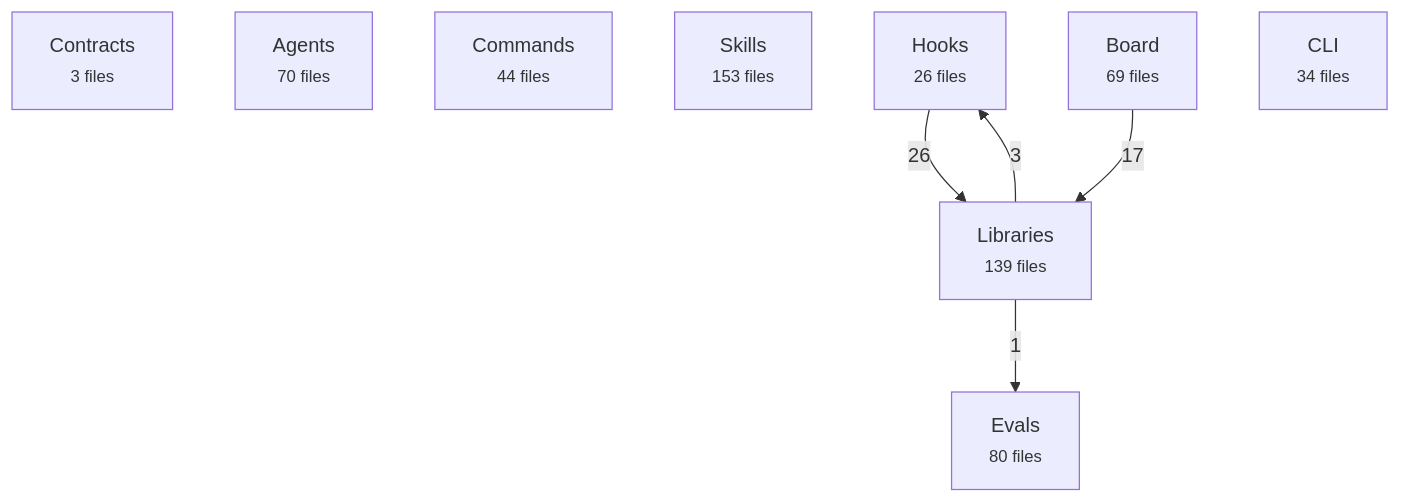
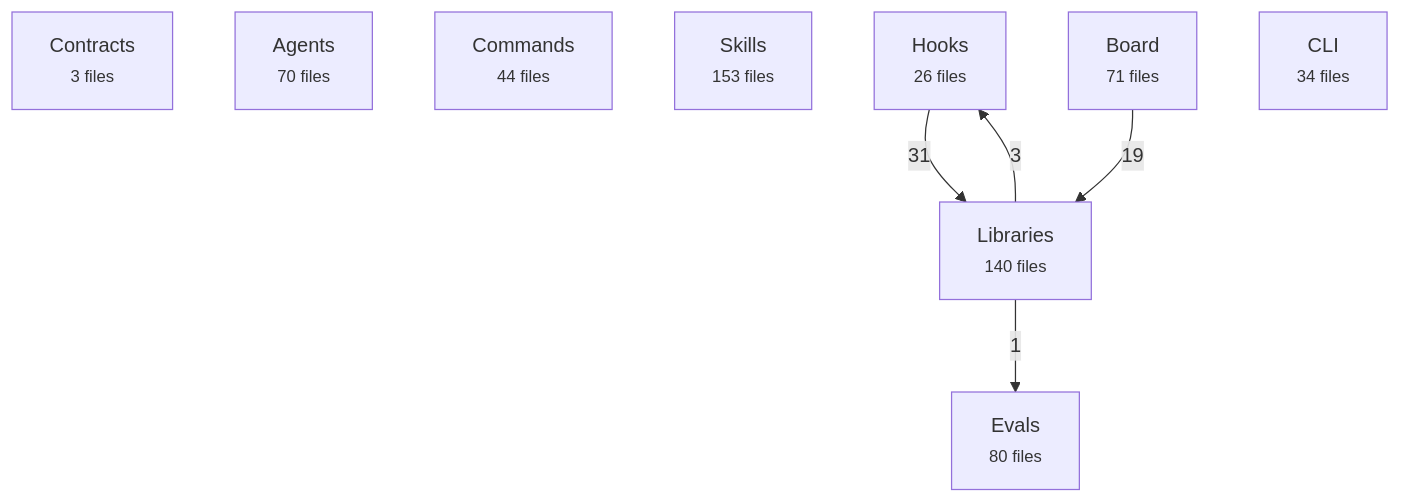
One commit to avelikiy/great_cto changed the first of 2 diagrams in docs/reference/architecture-map.md. Above: the diagram before and after it, drawn with Mermaid. The commit also changed other lines of this file and 17 other files, not shown here.

````diff
--- a/docs/reference/architecture-map.md
+++ b/docs/reference/architecture-map.md
@@ -20,16 +20,16 @@
 ```mermaid
 flowchart TD
   contracts["Contracts<br/><small>3 files</small>"]
   agents["Agents<br/><small>70 files</small>"]
   commands["Commands<br/><small>44 files</small>"]
   skills["Skills<br/><small>153 files</small>"]
   hooks["Hooks<br/><small>26 files</small>"]
-  libs["Libraries<br/><small>139 files</small>"]
-  board["Board<br/><small>69 files</small>"]
+  libs["Libraries<br/><small>140 files</small>"]
+  board["Board<br/><small>71 files</small>"]
   cli["CLI<br/><small>34 files</small>"]
   evals["Evals<br/><small>80 files</small>"]
-  hooks -->|26| libs
-  board -->|17| libs
+  hooks -->|31| libs
+  board -->|19| libs
   libs -->|3| hooks
   libs -->|1| evals
 ```
````
